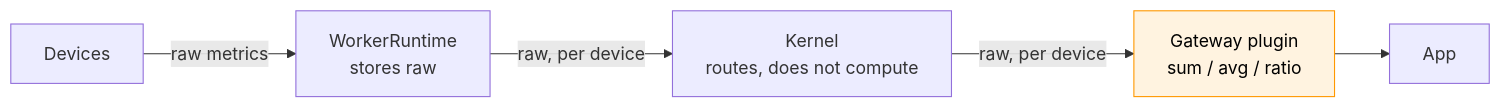
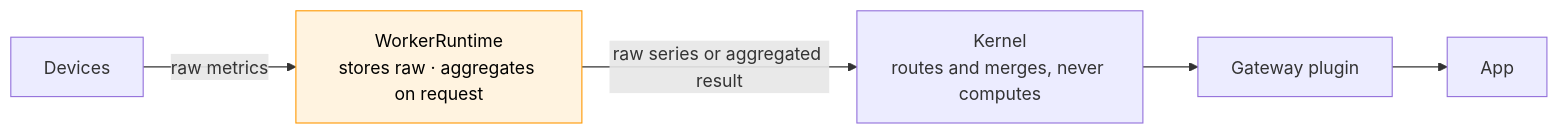
The second of 2 diagrams in docs/hld-kernel-telemetry-snapshots.md (ankit-tether/mdk-be), drawn with Mermaid before and after one commit. The commit also changed other lines of this file, not shown here.

````diff
--- a/docs/hld-kernel-telemetry-snapshots.md
+++ b/docs/hld-kernel-telemetry-snapshots.md
@@ -145,9 +161,9 @@
 ```mermaid
 flowchart LR
-  D["Devices"] -->|"raw metrics"| WR["WorkerRuntime<br/>stores raw"]
-  WR -->|"raw, per device"| K["Kernel<br/>routes, does not compute"]
-  K -->|"raw, per device"| P["Gateway plugin<br/>sum / avg / ratio"]
+  D["Devices"] -->|"raw metrics"| WR["WorkerRuntime<br/>stores raw · aggregates on request"]
+  WR -->|"raw series or aggregated result"| K["Kernel<br/>routes and merges, never computes"]
+  K --> P["Gateway plugin"]
   P --> A["App"]
 
-  style P fill:#fff3e0,stroke:#ff9800,color:#000
+  style WR fill:#fff3e0,stroke:#ff9800,color:#000
 ```
````
